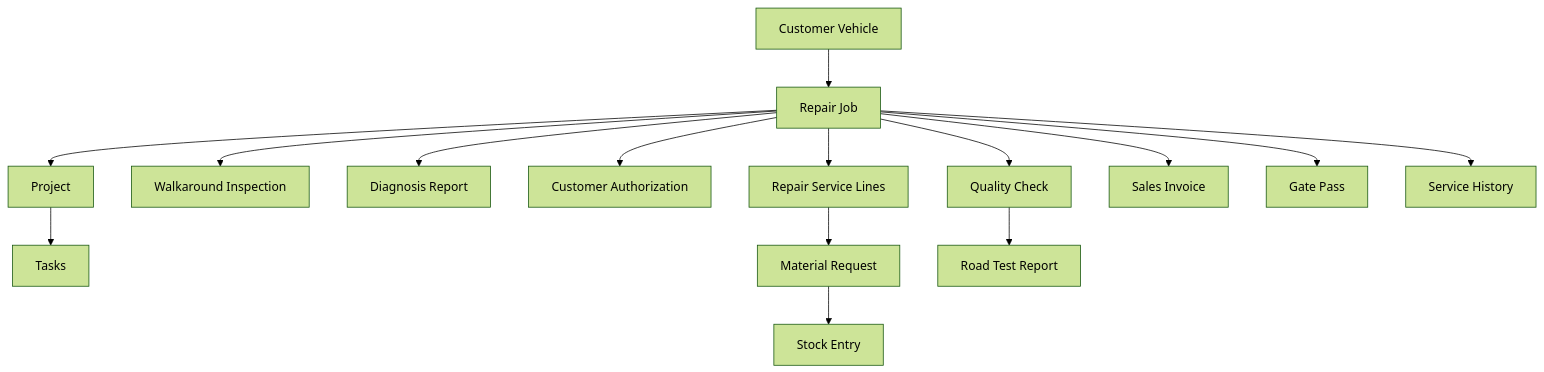
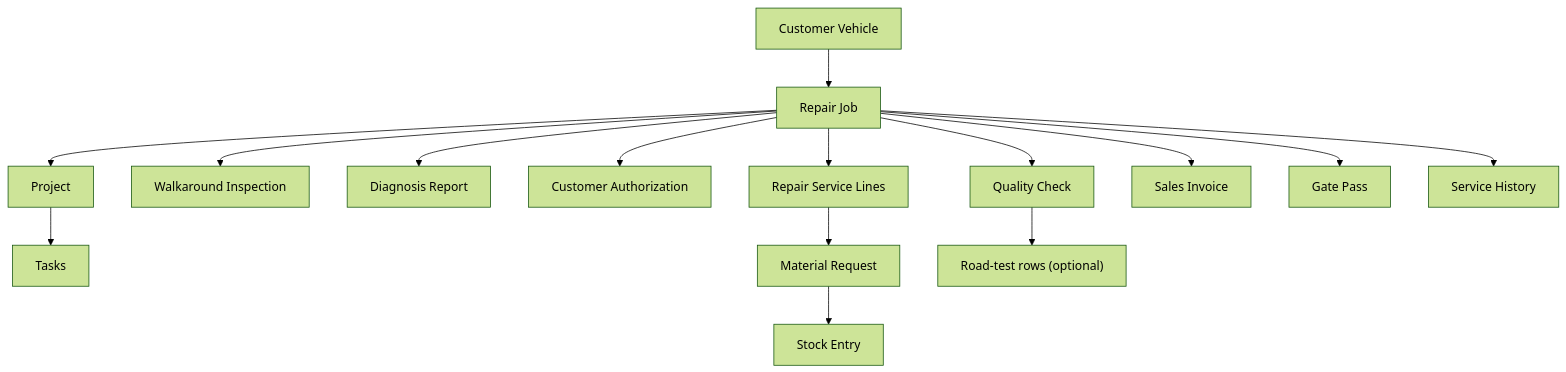
Before and after one commit to AslamKimb/auto_service_management: the diagram in docs/use-cases/real-workflows.md, drawn with Mermaid (forest theme). The commit also changed other lines of this file and 24 other files, not shown here.

````diff
--- a/docs/use-cases/real-workflows.md
+++ b/docs/use-cases/real-workflows.md
@@ -22,17 +22,17 @@
 ```mermaid
 graph TD
     A["Customer Vehicle"] --> B["Repair Job"]
     B --> C["Project"]
     C --> D["Tasks"]
     B --> E["Walkaround Inspection"]
     B --> F["Diagnosis Report"]
     B --> G["Customer Authorization"]
     B --> H["Repair Service Lines"]
     H --> I["Material Request"]
     I --> J["Stock Entry"]
     B --> K["Quality Check"]
-    K --> L["Road Test Report"]
+    K --> L["Road-test rows (optional)"]
     B --> M["Sales Invoice"]
     B --> N["Gate Pass"]
     B --> O["Service History"]
 ```
````
